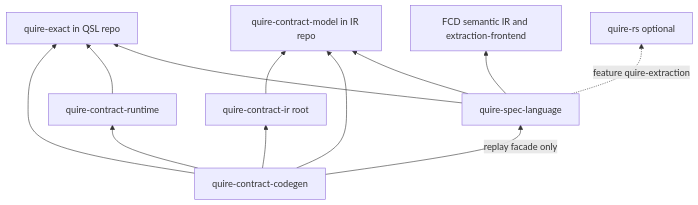
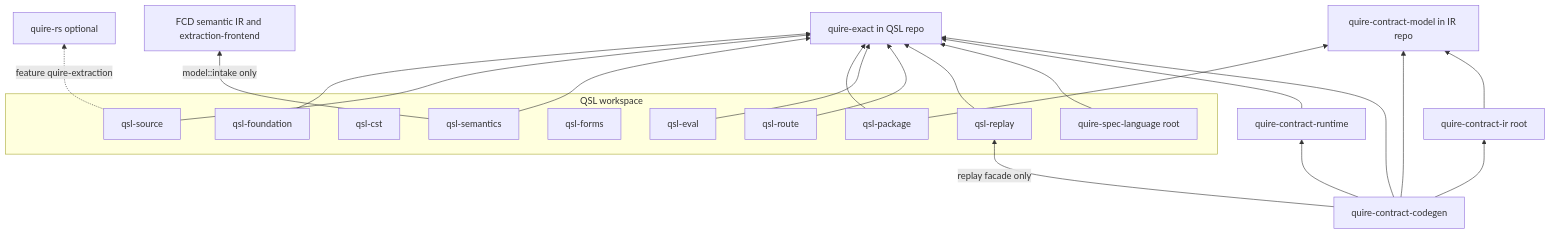
The second of 2 diagrams in spec/decisions/ADR-011-stage-dag-and-dependency-architecture.md (agent-ix/quire-spec-language), drawn with Mermaid before and after one commit. The commit also changed other lines of this file and 1 other file, not shown here.

First line of the commit message:
ADR-011: each §6.1 layer is its own workspace crate (QSL-176) (#317)

````diff
--- a/spec/decisions/ADR-011-stage-dag-and-dependency-architecture.md
+++ b/spec/decisions/ADR-011-stage-dag-and-dependency-architecture.md
@@ -771,22 +796,33 @@
 ```mermaid
 flowchart BT
   QX[quire-exact in QSL repo]
-  QSL[quire-spec-language]
+  subgraph QSLW[QSL workspace]
+    QSL[quire-spec-language root]
+    QFO[qsl-foundation]
+    QCS[qsl-cst]
+    QSO[qsl-source]
+    QFM[qsl-forms]
+    QSE[qsl-semantics]
+    QPK[qsl-package]
+    QEV[qsl-eval]
+    QRO[qsl-route]
+    QRP[qsl-replay]
+  end
   CM[quire-contract-model in IR repo]
   IR[quire-contract-ir root]
   RT[quire-contract-runtime]
   CG[quire-contract-codegen]
   FCD[FCD semantic IR and extraction-frontend]
   QRS[quire-rs optional]
-  QSL --> QX
-  QSL --> CM
-  QSL --> FCD
-  QSL -.->|feature quire-extraction| QRS
+  QFO & QSO & QSE & QPK & QEV & QRO & QRP & QSL --> QX
+  QPK --> CM
+  QSE -->|model::intake only| FCD
+  QSO -.->|feature quire-extraction| QRS
   RT --> QX
   CG --> QX
   CG --> CM
   CG --> IR
   CG --> RT
-  CG -->|replay facade only| QSL
+  CG -->|replay facade only| QRP
   IR --> CM
 ```
````
